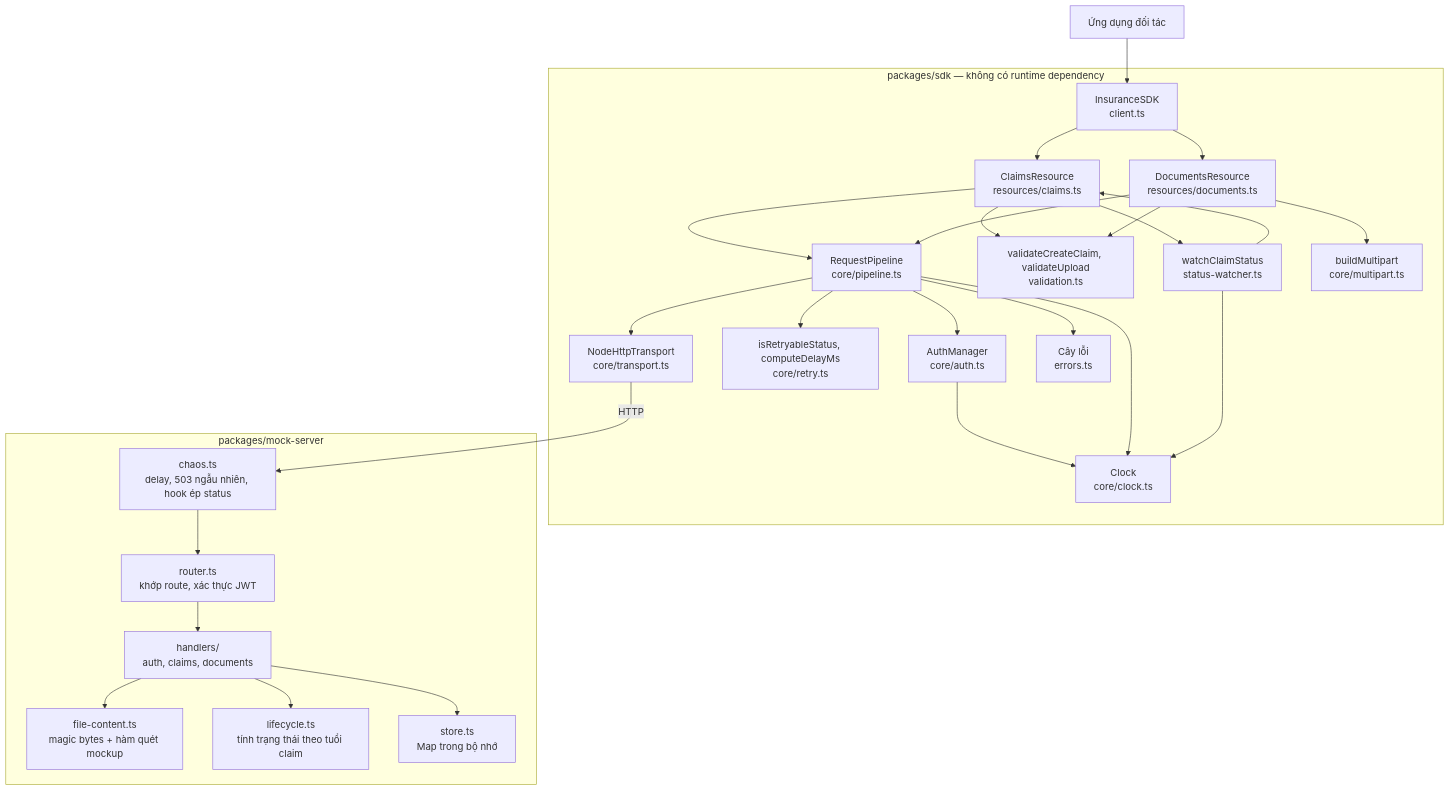
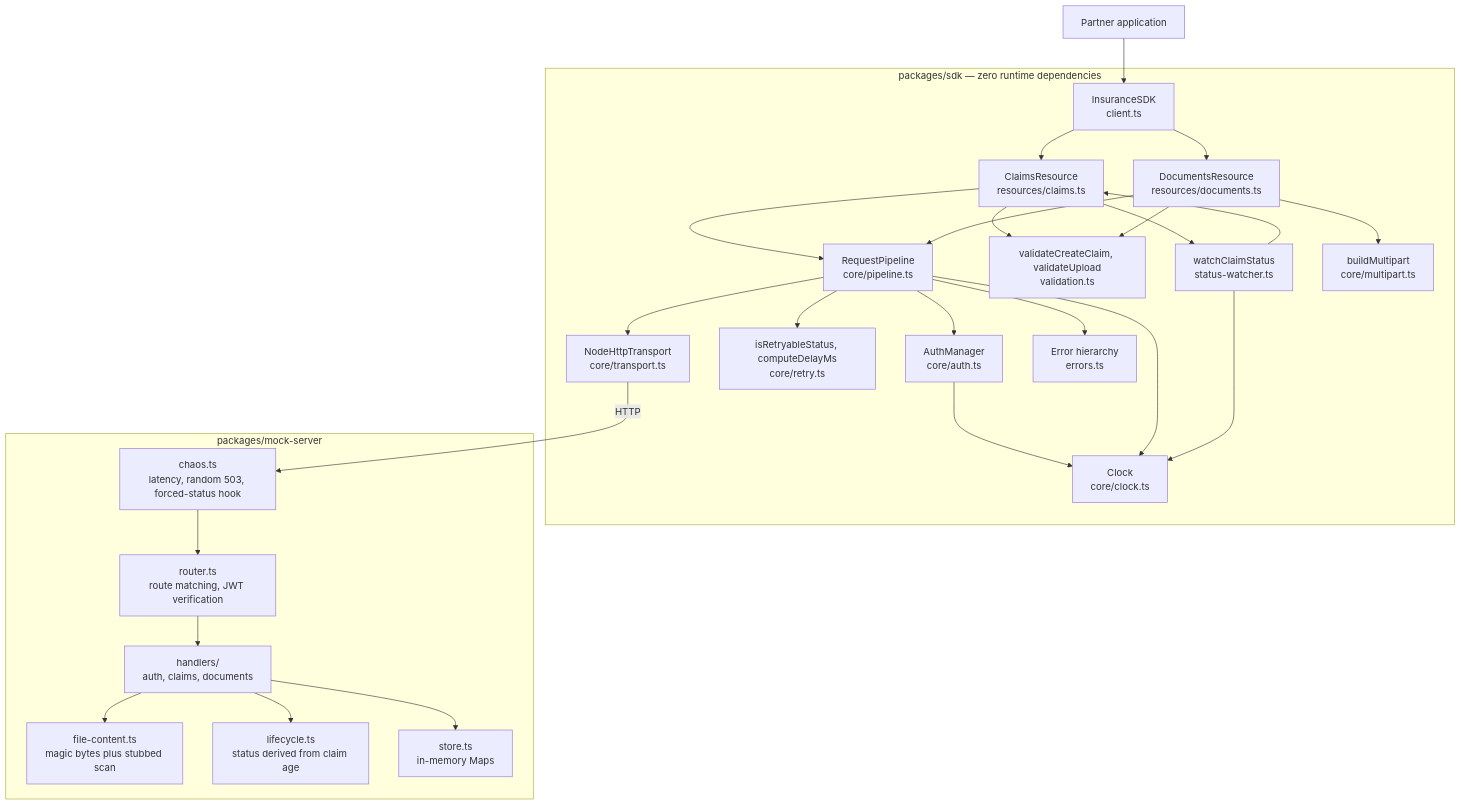
One commit to vuminhluan/ai-challenge13 changed the diagram in docs/diagrams/00-components.md. Above: the diagram before and after it, drawn with Mermaid. The commit also changed other lines of this file and 34 other files, not shown here.

Commit message:
docs: chuyển README, examples, tests và diagrams sang tiếng Anh, thêm bảng timeline

````diff
--- a/docs/diagrams/00-components.md
+++ b/docs/diagrams/00-components.md
@@ -5,52 +5,52 @@
 ```mermaid
 graph TD
-    Partner["Ứng dụng đối tác"]
+    Partner["Partner application"]
 
-    subgraph SDK["packages/sdk — không có runtime dependency"]
+    subgraph SDK["packages/sdk — zero runtime dependencies"]
         Client["InsuranceSDK<br/>client.ts"]
         Claims["ClaimsResource<br/>resources/claims.ts"]
         Docs["DocumentsResource<br/>resources/documents.ts"]
         Watcher["watchClaimStatus<br/>status-watcher.ts"]
         Validation["validateCreateClaim, validateUpload<br/>validation.ts"]
         Pipeline["RequestPipeline<br/>core/pipeline.ts"]
         Auth["AuthManager<br/>core/auth.ts"]
         Retry["isRetryableStatus, computeDelayMs<br/>core/retry.ts"]
         Multipart["buildMultipart<br/>core/multipart.ts"]
         Transport["NodeHttpTransport<br/>core/transport.ts"]
         Clock["Clock<br/>core/clock.ts"]
-        Errors["Cây lỗi<br/>errors.ts"]
+        Errors["Error hierarchy<br/>errors.ts"]
     end
 
     subgraph Server["packages/mock-server"]
-        Chaos["chaos.ts<br/>delay, 503 ngẫu nhiên, hook ép status"]
-        Router["router.ts<br/>khớp route, xác thực JWT"]
+        Chaos["chaos.ts<br/>latency, random 503, forced-status hook"]
+        Router["router.ts<br/>route matching, JWT verification"]
         Handlers["handlers/<br/>auth, claims, documents"]
-        FileContent["file-content.ts<br/>magic bytes + hàm quét mockup"]
-        Lifecycle["lifecycle.ts<br/>tính trạng thái theo tuổi claim"]
-        Store["store.ts<br/>Map trong bộ nhớ"]
+        FileContent["file-content.ts<br/>magic bytes plus stubbed scan"]
+        Lifecycle["lifecycle.ts<br/>status derived from claim age"]
+        Store["store.ts<br/>in-memory Maps"]
     end
 
     Partner --> Client
     Client --> Claims
     Client --> Docs
     Claims --> Watcher
     Claims --> Validation
     Docs --> Validation
     Docs --> Multipart
     Claims --> Pipeline
     Docs --> Pipeline
     Watcher --> Claims
     Pipeline --> Auth
     Pipeline --> Retry
     Pipeline --> Transport
     Pipeline --> Errors
     Auth --> Clock
     Pipeline --> Clock
     Watcher --> Clock
     Transport -->|HTTP| Chaos
     Chaos --> Router
     Router --> Handlers
     Handlers --> FileContent
     Handlers --> Lifecycle
     Handlers --> Store
 ```
````
